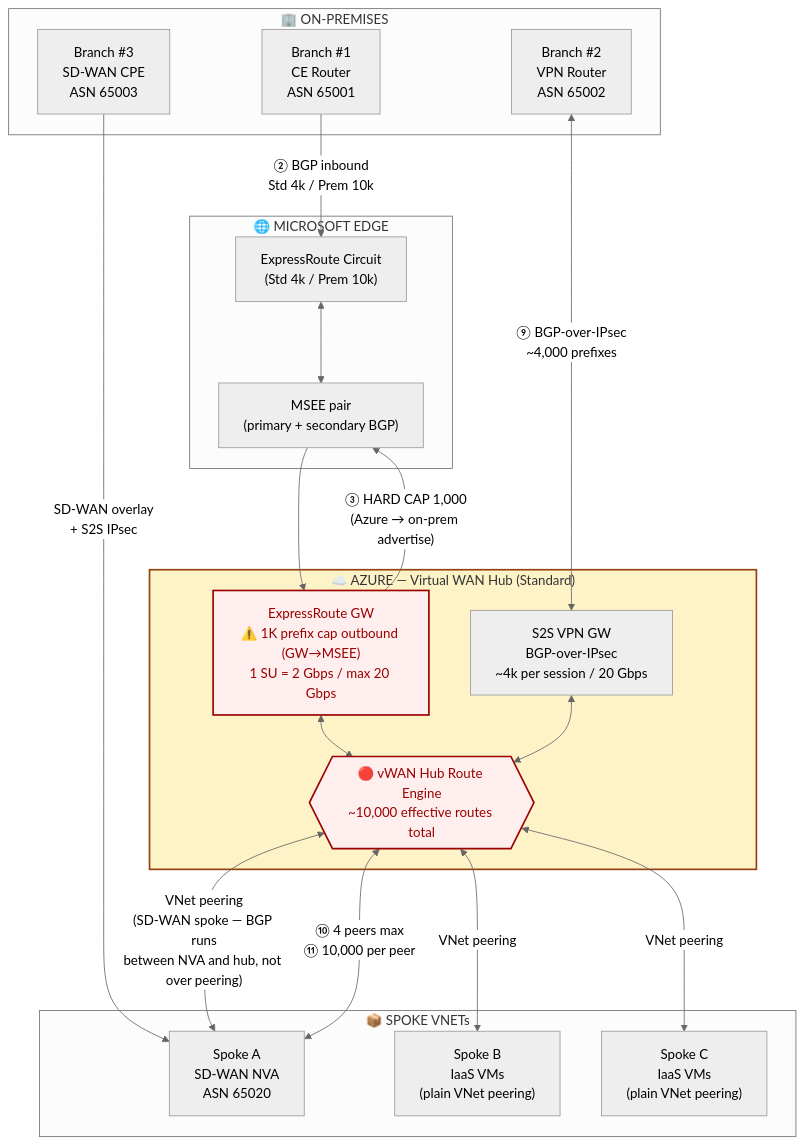
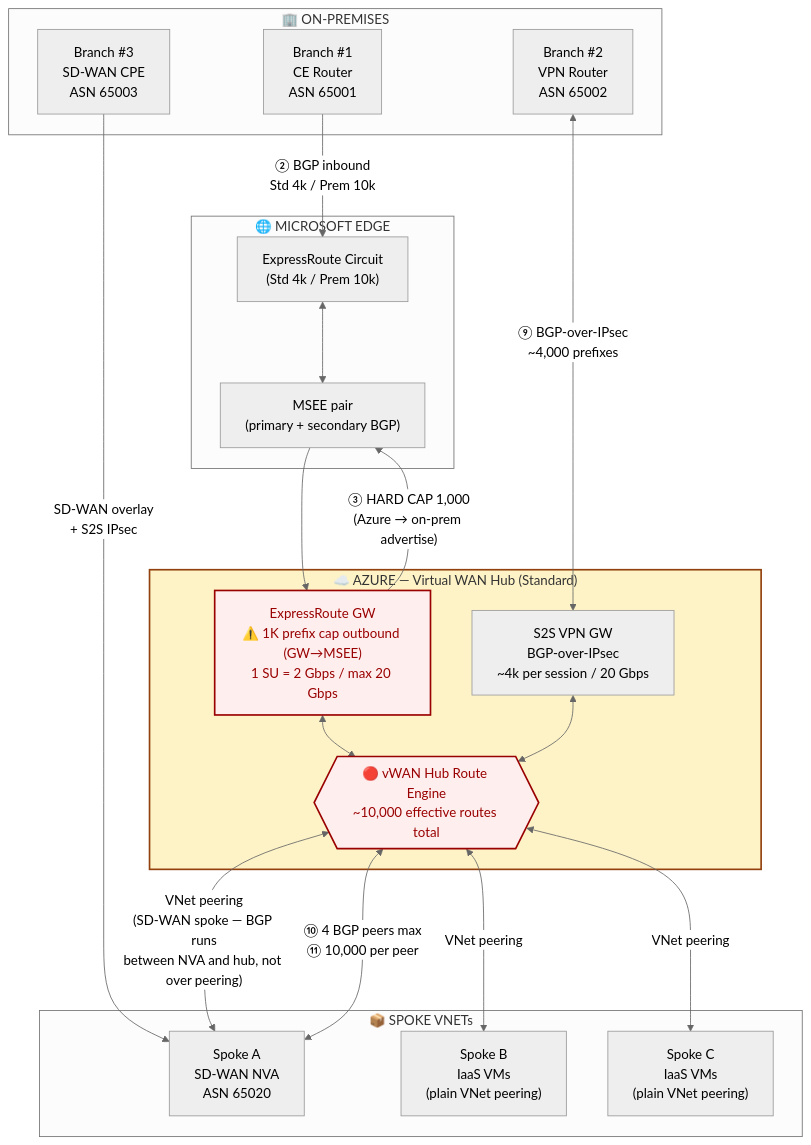
Before and after one commit to adtork/vwan-routing-limits: the first of 3 diagrams in README.md, drawn with Mermaid (neutral theme).

Commit message:
Clarify NVA peer limit as 4 BGP peers max

````diff
--- a/README.md
+++ b/README.md
@@ -21,46 +21,46 @@
 ```mermaid
 flowchart TB
     subgraph OnPrem["🏢 ON-PREMISES"]
         B1["Branch #1<br/>CE Router<br/>ASN 65001"]
         B2["Branch #2<br/>VPN Router<br/>ASN 65002"]
         B3["Branch #3<br/>SD-WAN CPE<br/>ASN 65003"]
     end
 
     subgraph Edge["🌐 MICROSOFT EDGE"]
         ERC["ExpressRoute Circuit<br/>(Std 4k / Prem 10k)"]
         MSEE["MSEE pair<br/>(primary + secondary BGP)"]
     end
 
     subgraph Hub["☁️ AZURE — Virtual WAN Hub (Standard)"]
         ERGW["ExpressRoute GW<br/>⚠️ 1K prefix cap outbound (GW→MSEE)<br/>1 SU = 2 Gbps / max 20 Gbps"]
         VPNGW["S2S VPN GW<br/>BGP-over-IPsec<br/>~4k per session / 20 Gbps"]
         ENGINE{{"🔴 vWAN Hub Route Engine<br/>~10,000 effective routes total"}}
     end
 
     subgraph Spokes["📦 SPOKE VNETs"]
         SA["Spoke A<br/>SD-WAN NVA<br/>ASN 65020"]
         SB["Spoke B<br/>IaaS VMs<br/>(plain VNet peering)"]
         SC["Spoke C<br/>IaaS VMs<br/>(plain VNet peering)"]
     end
 
     B1 -->|"② BGP inbound<br/>Std 4k / Prem 10k"| ERC
     ERC <--> MSEE
     MSEE --> ERGW
     ERGW -->|"③ HARD CAP 1,000<br/>(Azure → on-prem advertise)"| MSEE
     ERGW <--> ENGINE
 
     B2 <-->|"⑨ BGP-over-IPsec<br/>~4,000 prefixes"| VPNGW
     VPNGW <--> ENGINE
 
     B3 -->|"SD-WAN overlay<br/>+ S2S IPsec"| SA
-    SA <-->|"⑩ 4 peers max<br/>⑪ 10,000 per peer"| ENGINE
+    SA <-->|"⑩ 4 BGP peers max<br/>⑪ 10,000 per peer"| ENGINE
 
     ENGINE <-->|"VNet peering"| SB
     ENGINE <-->|"VNet peering"| SC
     ENGINE <-->|"VNet peering<br/>(SD-WAN spoke — BGP runs<br/>between NVA and hub, not over peering)"| SA
 
     classDef cap fill:#fee,stroke:#900,stroke-width:2px,color:#900
     classDef hub fill:#fef3c7,stroke:#92400e,stroke-width:2px
     class ENGINE,ERGW cap
     class Hub hub
 ```
````
